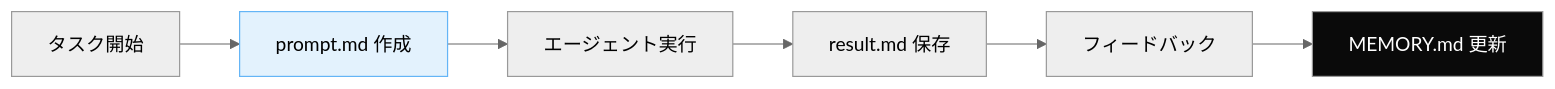
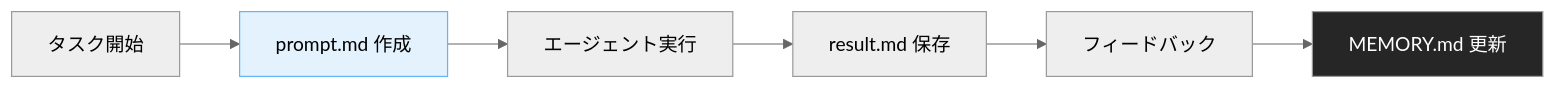
Before and after one commit to dinekt/dinekt-wiki: the third of 3 diagrams in docs/techniques/エージェント専用ワークスペースのディレクトリ設計.md, drawn with Mermaid (neutral theme). The commit also changed other lines of this file and 71 other files, not shown here.

First line of the commit message:
fix: mermaid readability + remove GitHub repo toolbar

````diff
--- a/docs/techniques/エージェント専用ワークスペースのディレクトリ設計.md
+++ b/docs/techniques/エージェント専用ワークスペースのディレクトリ設計.md
@@ -144,11 +144,11 @@
 ```mermaid
 flowchart LR
     S[タスク開始] --> P[prompt.md 作成]
     P --> E[エージェント実行]
     E --> R[result.md 保存]
     R --> F[フィードバック]
     F --> M[MEMORY.md 更新]
 
-    style P fill:#e3f2fd,stroke:#64b5f6
-    style M fill:#0a0a0a,color:#fff
+    style P fill:#e3f2fd,stroke:#64b5f6,color:#000
+    style M fill:#262626,color:#fff
 ```
````
